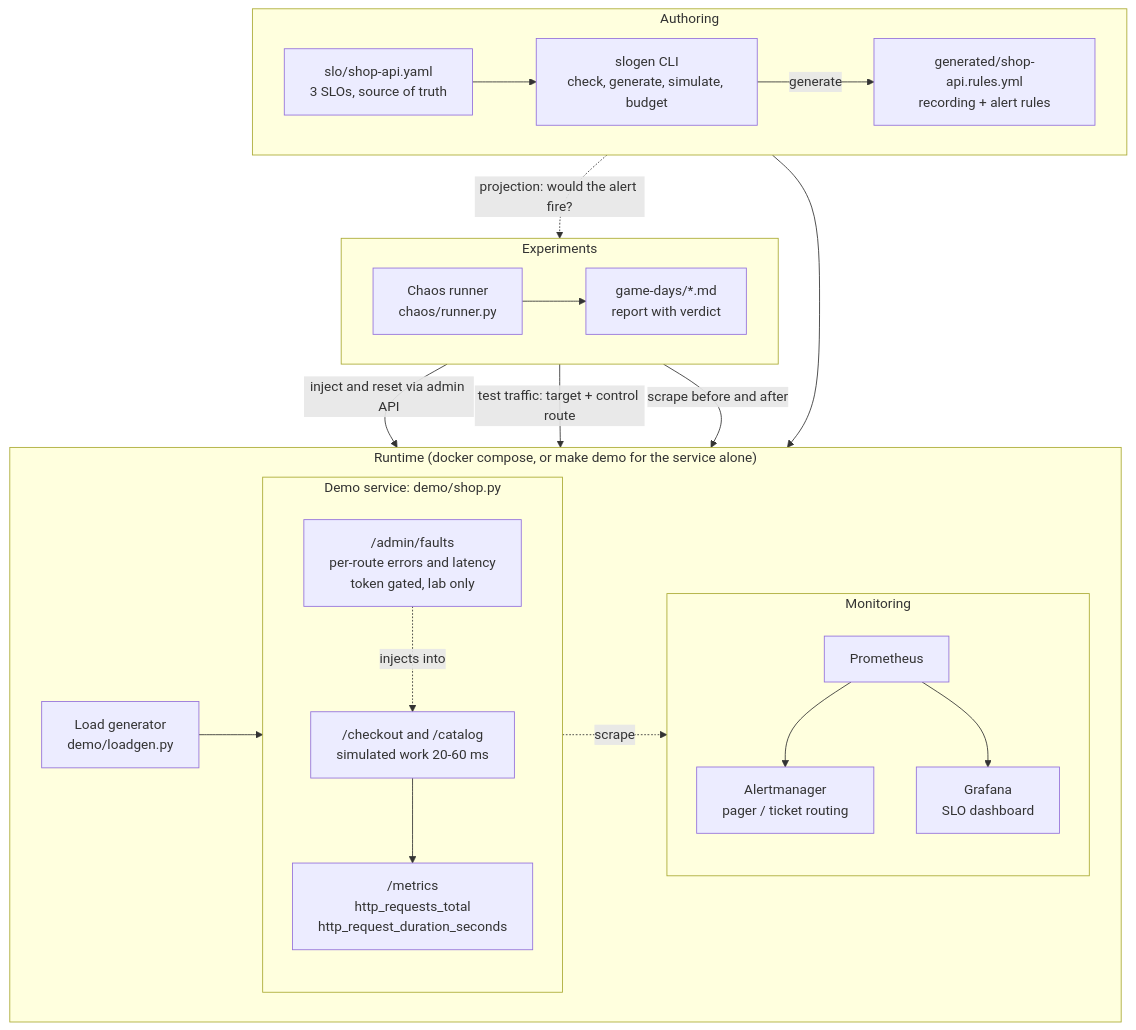
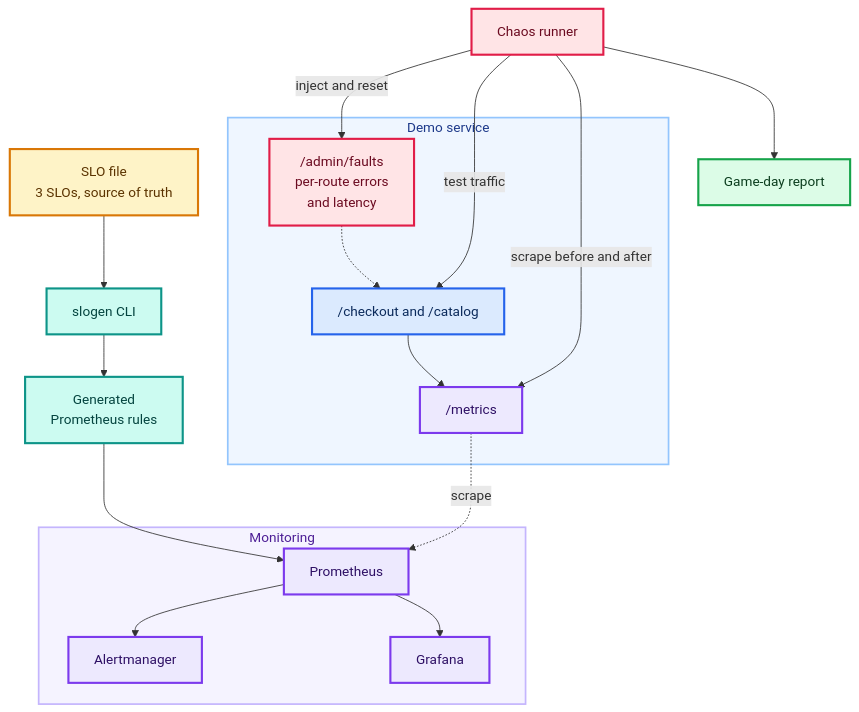
The diagram in projects/sre-reliability-lab/docs/schematics/01-architecture.mmd (Joxejaime/Projects-2026), drawn with Mermaid before and after one commit. The commit also changed 62 other files, not shown here.

First line of the commit message:
Colour the schematics and add LinkedIn cards and carousels

```diff
--- a/projects/sre-reliability-lab/docs/schematics/01-architecture.mmd
+++ b/projects/sre-reliability-lab/docs/schematics/01-architecture.mmd
@@ -1,37 +1,43 @@
 %% title: System architecture
-%% caption: Everything in the lab, top to bottom: authoring, runtime, experiments. The SLO file drives the alert rules; the demo service gives them something real to measure; the chaos runner injects faults into the service and measures the result from the client side and from the service's own /metrics. The compose stack (make up) runs the service, load generator, Prometheus, Alertmanager and Grafana.
+%% headline: Reliability as code, tested with real failures
+%% takeaway: One SLO file drives the alerts. A chaos runner breaks the demo service and checks what happened.
+%% legend: data=SLO source,guard=Generator and rules,app=Service,alert=Fault injection,obs=Observability,ok=Report
+%% caption: Everything in the lab. The SLO file drives the alert rules; the demo service gives them something real to measure; the chaos runner injects faults into the service and measures the result from the client side and from the service's own /metrics. The compose stack (make up) runs the service, load generator, Prometheus, Alertmanager and Grafana.
 flowchart TB
-    subgraph author["Authoring"]
-        direction LR
-        slo["slo/shop-api.yaml<br/>3 SLOs, source of truth"] --> slogen["slogen CLI<br/>check, generate, simulate, budget"] -->|generate| rules["generated/shop-api.rules.yml<br/>recording + alert rules"]
+    slo["SLO file<br/>3 SLOs, source of truth"] --> slogen["slogen CLI"] --> rules["Generated<br/>Prometheus rules"]
+    subgraph svc["Demo service"]
+        routes["/checkout and /catalog"]
+        faults["/admin/faults<br/>per-route errors<br/>and latency"]
+        metrics["/metrics"]
+        faults -.-> routes
+        routes --> metrics
     end
+    subgraph stack["Monitoring"]
+        prom["Prometheus"]
+        am["Alertmanager"]
+        graf["Grafana"]
+        prom --> am
+        prom --> graf
+    end
+    runner["Chaos runner"] --> report["Game-day report"]
+    rules --> prom
+    metrics -. scrape .-> prom
+    runner -->|"inject and reset"| faults
+    runner -->|"test traffic"| routes
+    runner -->|"scrape before and after"| metrics
 
-    subgraph runtime["Runtime (docker compose, or make demo for the service alone)"]
-        direction LR
-        load["Load generator<br/>demo/loadgen.py"] --> routes
-        subgraph svc["Demo service: demo/shop.py"]
-            direction TB
-            routes["/checkout and /catalog<br/>simulated work 20-60 ms"]
-            faults["/admin/faults<br/>per-route errors and latency<br/>token gated, lab only"]
-            metrics["/metrics<br/>http_requests_total<br/>http_request_duration_seconds"]
-            faults -. "injects into" .-> routes
-            routes --> metrics
-        end
-        subgraph stack["Monitoring"]
-            direction TB
-            prom["Prometheus"] --> am["Alertmanager<br/>pager / ticket routing"]
-            prom --> graf["Grafana<br/>SLO dashboard"]
-        end
-        metrics -. "scrape" .-> prom
-    end
-
-    subgraph exp["Experiments"]
-        direction LR
-        runner["Chaos runner<br/>chaos/runner.py"] --> report["game-days/*.md<br/>report with verdict"]
-    end
-
-    rules --> prom
-    runner -->|"inject and reset via admin API"| faults
-    runner -->|"test traffic: target + control route"| routes
-    runner -->|"scrape before and after"| metrics
-    slogen -. "projection: would the alert fire?" .-> runner
+    classDef entry fill:#E0E7FF,stroke:#4F46E5,stroke-width:2.5px,color:#1E1B4B
+    classDef app fill:#DBEAFE,stroke:#2563EB,stroke-width:2.5px,color:#0B2A5B
+    classDef guard fill:#CCFBF1,stroke:#0D9488,stroke-width:2.5px,color:#04443F
+    classDef data fill:#FEF3C7,stroke:#D97706,stroke-width:2.5px,color:#5B3300
+    classDef obs fill:#EDE9FE,stroke:#7C3AED,stroke-width:2.5px,color:#2E1065
+    classDef alert fill:#FFE4E6,stroke:#E11D48,stroke-width:2.5px,color:#6B0A20
+    classDef ok fill:#DCFCE7,stroke:#16A34A,stroke-width:2.5px,color:#0B3D1E
+    class slo data
+    class slogen,rules guard
+    class routes app
+    class faults,runner alert
+    class metrics,prom,am,graf obs
+    class report ok
+    style svc fill:#EFF6FF,stroke:#93C5FD,stroke-width:2px,color:#1E3A8A
+    style stack fill:#F5F3FF,stroke:#C4B5FD,stroke-width:2px,color:#4C1D95
```
